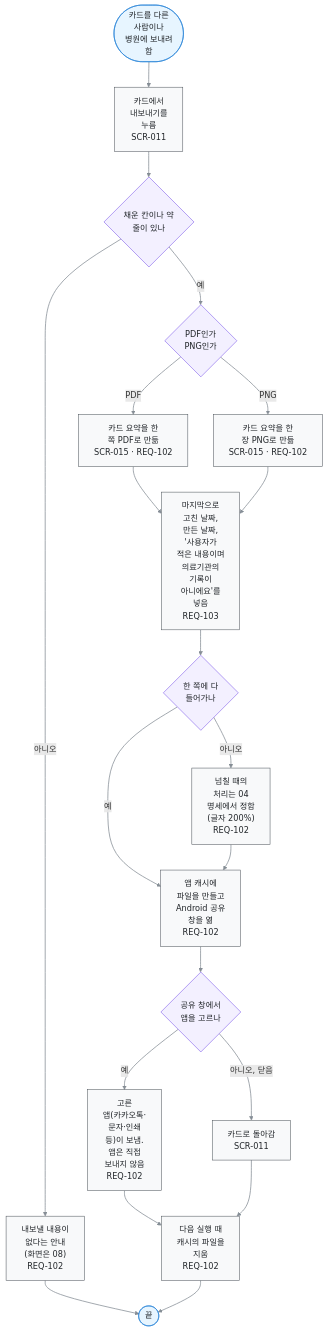
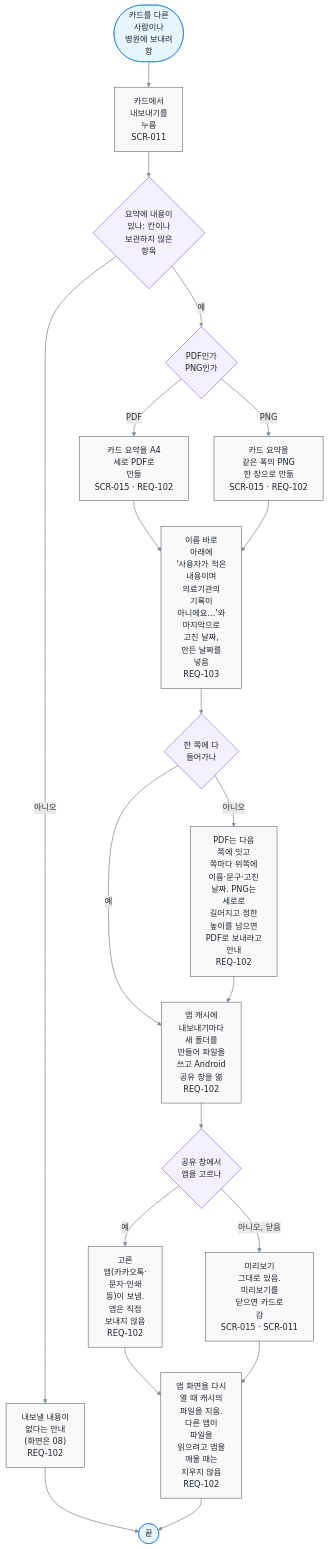
The diagram in docs/03-user-flow/FL-014-export-card.md (judangbang-ops/pillbadeum_release), drawn with Mermaid before and after one commit. The commit also changed other lines of this file and 44 other files, not shown here.

````diff
--- a/docs/03-user-flow/FL-014-export-card.md
+++ b/docs/03-user-flow/FL-014-export-card.md
@@ -8,31 +8,31 @@
 ```mermaid
 flowchart TD
   A(["카드를 다른<br/>사람이나<br/>병원에 보내려<br/>함"]) e1@--> B["카드에서<br/>내보내기를<br/>누름<br/>SCR-011"]
-  B e2@--> C{"채운 칸이나 약<br/>줄이 있나"}
+  B e2@--> C{"요약에 내용이<br/>있나: 칸이나<br/>보관하지 않은<br/>항목"}
   C e3@-- 아니오 --> C1["내보낼 내용이<br/>없다는 안내<br/>(화면은 08)<br/>REQ-102"]
   C1 e4@--> Z(["끝"])
   C e5@-- 예 --> D{"PDF인가<br/>PNG인가"}
-  D e6@-- PDF --> D1["카드 요약을 한<br/>쪽 PDF로 만듦<br/>SCR-015 · REQ-102"]
-  D e7@-- PNG --> D2["카드 요약을 한<br/>장 PNG로 만듦<br/>SCR-015 · REQ-102"]
-  D1 e8@--> E["마지막으로<br/>고친 날짜,<br/>만든 날짜,<br/>'사용자가<br/>적은 내용이며<br/>의료기관의<br/>기록이<br/>아니에요'를<br/>넣음<br/>REQ-103"]
+  D e6@-- PDF --> D1["카드 요약을 A4<br/>세로 PDF로<br/>만듦<br/>SCR-015 · REQ-102"]
+  D e7@-- PNG --> D2["카드 요약을<br/>같은 폭의 PNG<br/>한 장으로 만듦<br/>SCR-015 · REQ-102"]
+  D1 e8@--> E["이름 바로<br/>아래에<br/>'사용자가 적은<br/>내용이며<br/>의료기관의<br/>기록이<br/>아니에요…'와<br/>마지막으로<br/>고친 날짜,<br/>만든 날짜를<br/>넣음<br/>REQ-103"]
   D2 e9@--> E
   E e10@--> F{"한 쪽에 다<br/>들어가나"}
-  F e11@-- 아니오 --> F1["넘칠 때의<br/>처리는 04<br/>명세에서 정함<br/>(글자 200%)<br/>REQ-102"]
-  F e12@-- 예 --> G["앱 캐시에<br/>파일을 만들고<br/>Android 공유<br/>창을 엶<br/>REQ-102"]
+  F e11@-- 아니오 --> F1["PDF는 다음<br/>쪽에 잇고<br/>쪽마다 위쪽에<br/>이름·문구·고친<br/>날짜. PNG는<br/>세로로<br/>길어지고 정한<br/>높이를 넘으면<br/>PDF로 보내라고<br/>안내<br/>REQ-102"]
+  F e12@-- 예 --> G["앱 캐시에<br/>내보내기마다<br/>새 폴더를<br/>만들어 파일을<br/>쓰고 Android<br/>공유 창을 엶<br/>REQ-102"]
   F1 e13@--> G
   G e14@--> H{"공유 창에서<br/>앱을 고르나"}
   H e15@-- 예 --> H1["고른<br/>앱(카카오톡·<br/>문자·인쇄<br/>등)이 보냄.<br/>앱은 직접<br/>보내지 않음<br/>REQ-102"]
-  H e16@-- 아니오, 닫음 --> H2["카드로 돌아감<br/>SCR-011"]
-  H1 e17@--> I["다음 실행 때<br/>캐시의 파일을<br/>지움<br/>REQ-102"]
+  H e16@-- 아니오, 닫음 --> H2["미리보기<br/>그대로 있음.<br/>미리보기를<br/>닫으면 카드로<br/>감<br/>SCR-015 · SCR-011"]
+  H1 e17@--> I["앱 화면을 다시<br/>열 때 캐시의<br/>파일을 지움.<br/>다른 앱이<br/>파일을<br/>읽으려고 앱을<br/>깨울 때는<br/>지우지 않음<br/>REQ-102"]
   H2 e18@--> I
   I e19@--> Z
   %% legend: below
   classDef term fill:#e7f5ff,stroke:#1c7ed6,color:#212529
   classDef proc fill:#f8f9fa,stroke:#495057,color:#212529
   classDef decide fill:#f3f0ff,stroke:#7048e8,color:#212529
   classDef pass stroke:#868e96,stroke-width:1.5px
   class A,Z term
   class B,C1,D1,D2,E,F1,G,H1,H2,I proc
   class C,D,F,H decide
   class e1,e2,e3,e4,e5,e6,e7,e8,e9,e10,e11,e12,e13,e14,e15,e16,e17,e18,e19 pass
 ```
````
